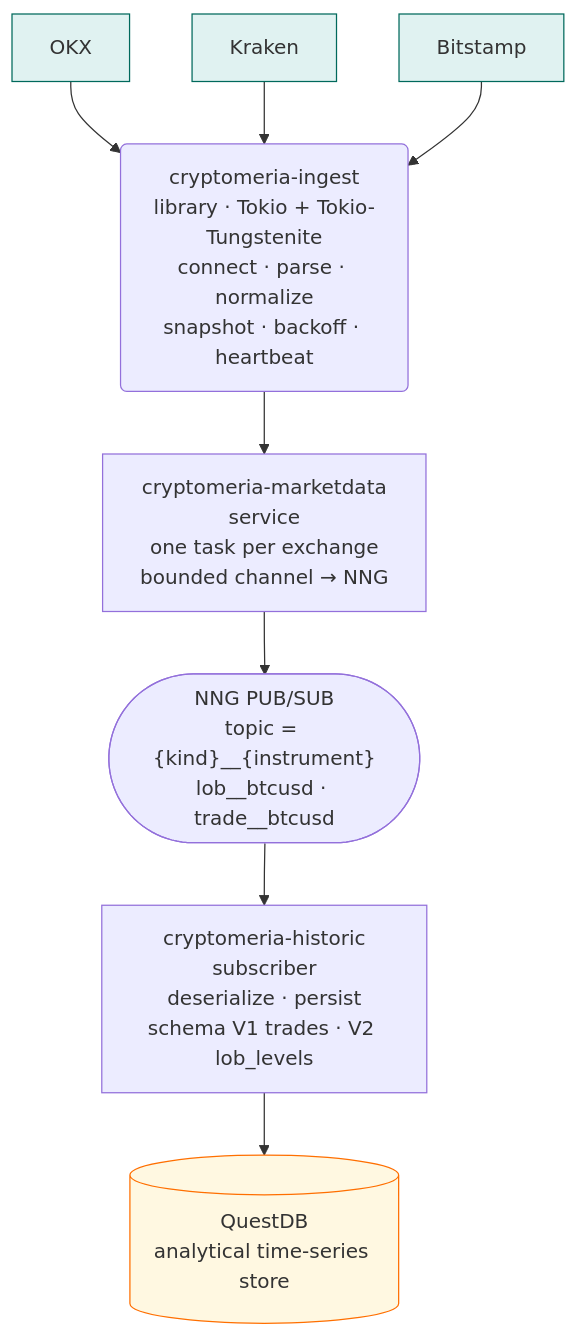
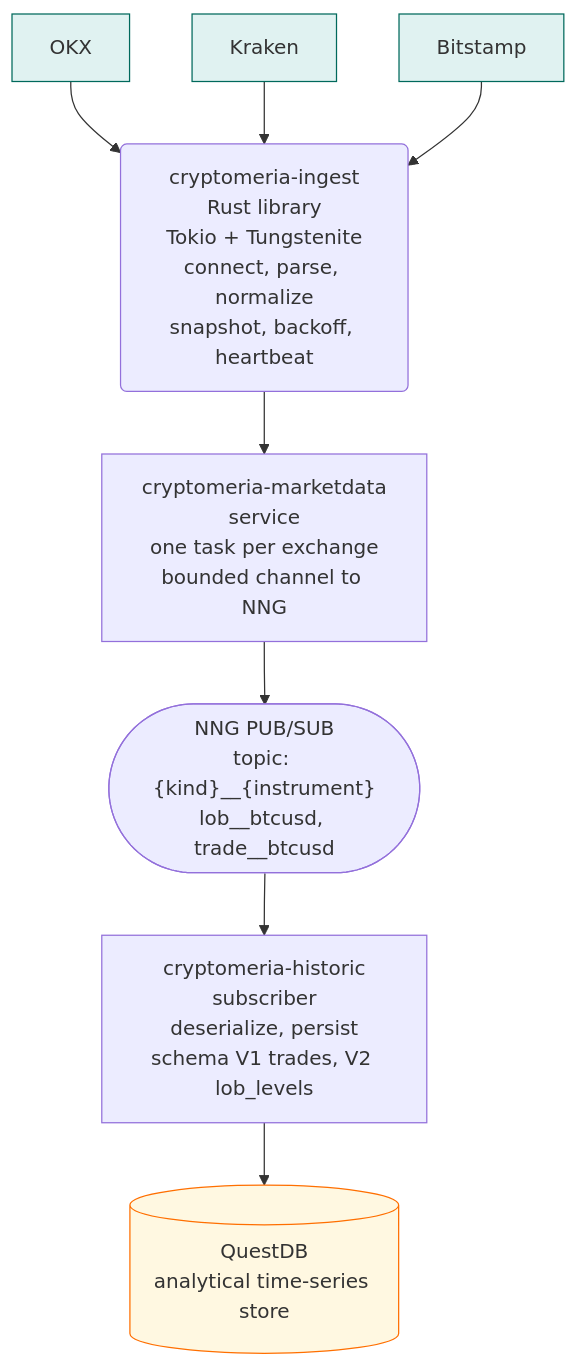
Before and after one commit to fibonsai/.github: the diagram in profile/README.md, drawn with Mermaid.

Commit message:
fix mermaid node labels: break long lines and use ASCII separators

````diff
--- a/profile/README.md
+++ b/profile/README.md
@@ -31,35 +31,35 @@
 ```mermaid
 flowchart TB
     %% Exchange feeds
     OKX["OKX"]
     Kraken["Kraken"]
     Bitstamp["Bitstamp"]
 
     %% Stage 1 - Ingest (library)
-    ingest("cryptomeria-ingest<br/>library · Tokio + Tokio-Tungstenite<br/>connect · parse · normalize<br/>snapshot · backoff · heartbeat")
+    ingest("cryptomeria-ingest<br/>Rust library<br/>Tokio + Tungstenite<br/>connect, parse, normalize<br/>snapshot, backoff, heartbeat")
 
     %% Stage 2 - Marketdata (service)
-    marketdata["cryptomeria-marketdata<br/>service<br/>one task per exchange<br/>bounded channel → NNG"]
+    marketdata["cryptomeria-marketdata<br/>service<br/>one task per exchange<br/>bounded channel to NNG"]
 
     %% NNG pub/sub broker
-    nng(["NNG PUB/SUB<br/>topic = {kind}__{instrument}<br/>lob__btcusd · trade__btcusd"])
+    nng(["NNG PUB/SUB<br/>topic: {kind}__{instrument}<br/>lob__btcusd, trade__btcusd"])
 
     %% Stage 3 - Historic (subscriber)
-    historic["cryptomeria-historic<br/>subscriber<br/>deserialize · persist<br/>schema V1 trades · V2 lob_levels"]
+    historic["cryptomeria-historic<br/>subscriber<br/>deserialize, persist<br/>schema V1 trades, V2 lob_levels"]
 
     %% Analytical store
     questdb[("QuestDB<br/>analytical time-series store")]
 
     OKX --> ingest
     Kraken --> ingest
     Bitstamp --> ingest
     ingest --> marketdata
     marketdata --> nng
     nng --> historic
     historic --> questdb
 
     classDef exchange fill:#e0f2f1,stroke:#00695c,stroke-width:1px
     classDef store fill:#fff8e1,stroke:#ff6f00,stroke-width:1px
     class OKX,Kraken,Bitstamp exchange
     class questdb store
 ```
````
